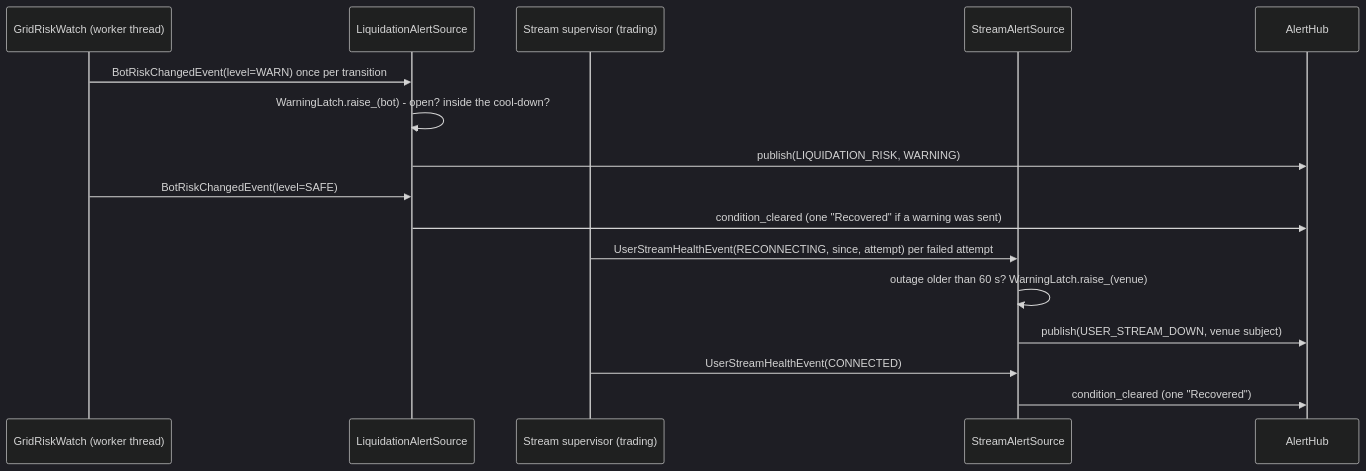
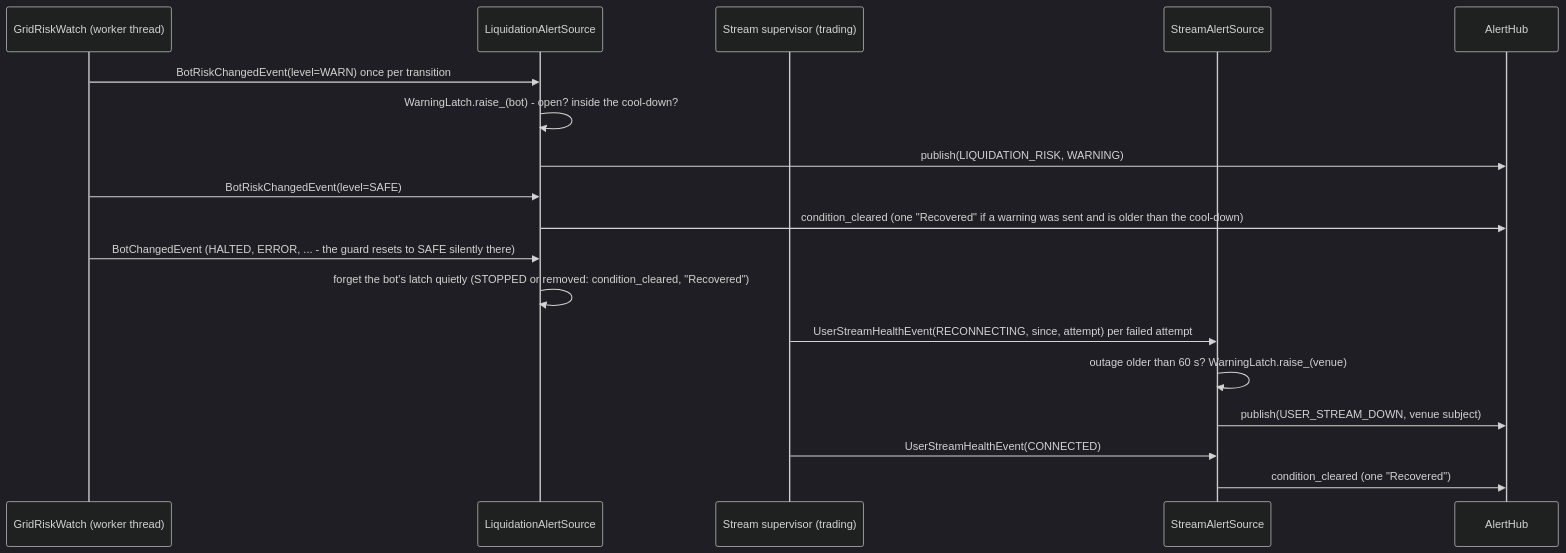
Before and after one commit to anhembedded/Sagittarius_Elite_Warrior: the second of 2 diagrams in Docs/MODULES/alerting/06-runtime.md, drawn with Mermaid (dark theme). The commit also changed other lines of this file and 10 other files, not shown here.

First line of the commit message:
fix(alerting): a liquidation warning is forgotten when the bot halts, and a Recovered is never falsified (EPIC-036B1)

````diff
--- a/Docs/MODULES/alerting/06-runtime.md
+++ b/Docs/MODULES/alerting/06-runtime.md
@@ -158,18 +158,20 @@
 ```mermaid
 sequenceDiagram
     participant G as GridRiskWatch (worker thread)
     participant L as LiquidationAlertSource
     participant S as Stream supervisor (trading)
     participant T as StreamAlertSource
     participant H as AlertHub
     G->>L: BotRiskChangedEvent(level=WARN) once per transition
     L->>L: WarningLatch.raise_(bot) - open? inside the cool-down?
     L->>H: publish(LIQUIDATION_RISK, WARNING)
     G->>L: BotRiskChangedEvent(level=SAFE)
-    L->>H: condition_cleared (one "Recovered" if a warning was sent)
+    L->>H: condition_cleared (one "Recovered" if a warning was sent and is older than the cool-down)
+    G->>L: BotChangedEvent (HALTED, ERROR, ... - the guard resets to SAFE silently there)
+    L->>L: forget the bot's latch quietly (STOPPED or removed: condition_cleared, "Recovered")
     S->>T: UserStreamHealthEvent(RECONNECTING, since, attempt) per failed attempt
     T->>T: outage older than 60 s? WarningLatch.raise_(venue)
     T->>H: publish(USER_STREAM_DOWN, venue subject)
     S->>T: UserStreamHealthEvent(CONNECTED)
     T->>H: condition_cleared (one "Recovered")
 ```
````
